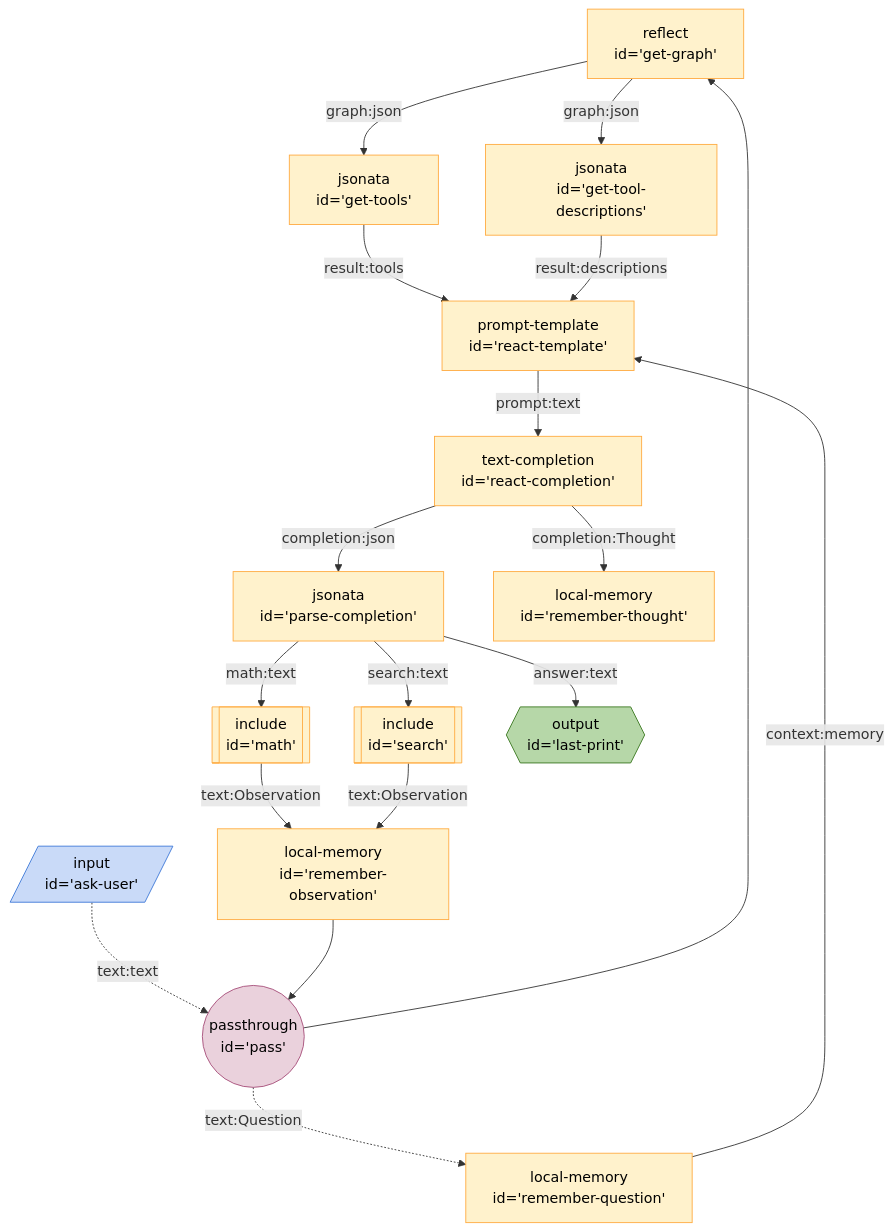
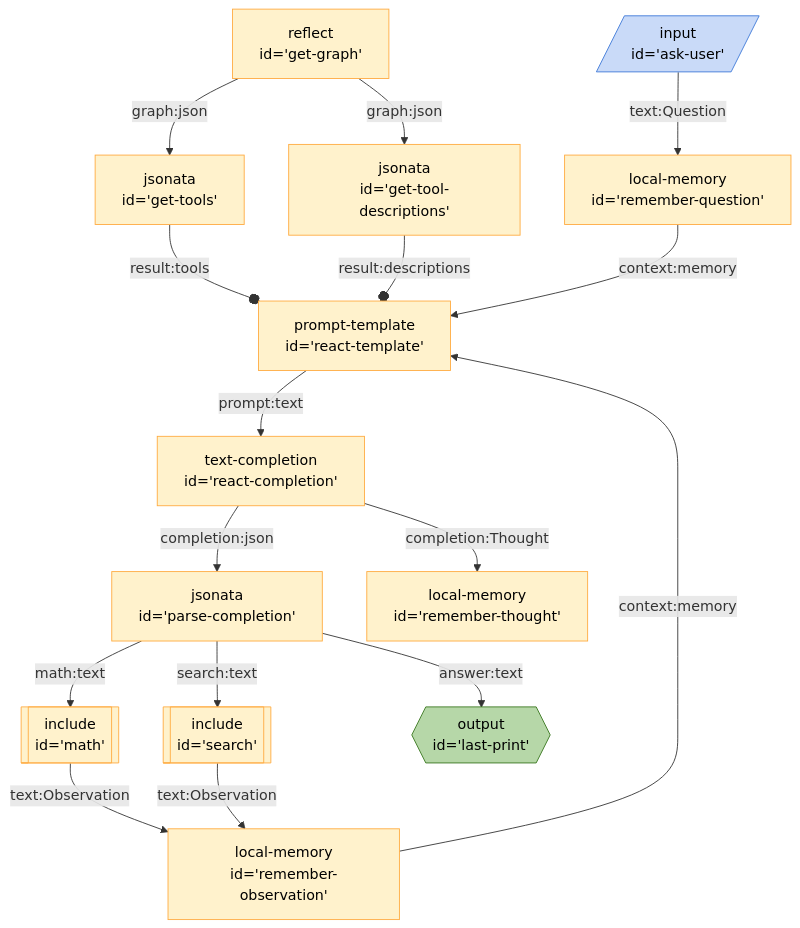
Before and after one commit to breadboard-ai/breadboard: the diagram in seeds/graph-playground/docs/graphs/react-with-jsonata.md, drawn with Mermaid. The commit also changed 1 other file, not shown here.

Commit message:
[graphs] Update `react-with-jsonata` to latest and greatest.

````diff
--- a/seeds/graph-playground/docs/graphs/react-with-jsonata.md
+++ b/seeds/graph-playground/docs/graphs/react-with-jsonata.md
@@ -4,61 +4,55 @@
 ```mermaid
 %%{init: 'themeVariables': { 'fontFamily': 'Fira Code, monospace' }}}%%
 graph TD;
 getgraph["reflect
 id='get-graph'"] -- graph:json --> gettools["jsonata
 id='get-tools'"]
 getgraph["reflect
 id='get-graph'"] -- graph:json --> gettooldescriptions["jsonata
 id='get-tool-descriptions'"]
 gettools["jsonata
-id='get-tools'"] -- result:tools --> reacttemplate["prompt-template
+id='get-tools'"] -- result:tools --o reacttemplate["prompt-template
 id='react-template'"]
 gettooldescriptions["jsonata
-id='get-tool-descriptions'"] -- result:descriptions --> reacttemplate["prompt-template
+id='get-tool-descriptions'"] -- result:descriptions --o reacttemplate["prompt-template
 id='react-template'"]
 askuser[/"input
-id='ask-user'"/]:::input -. text:text .-> pass(("passthrough
-id='pass'")):::passthrough
-pass(("passthrough
-id='pass'")):::passthrough -. text:Question .-> rememberquestion["local-memory
+id='ask-user'"/]:::input -- text:Question --> rememberquestion["local-memory
 id='remember-question'"]
 rememberquestion["local-memory
 id='remember-question'"] -- context:memory --> reacttemplate["prompt-template
 id='react-template'"]
-pass(("passthrough
-id='pass'")):::passthrough --> getgraph["reflect
-id='get-graph'"]
 reacttemplate["prompt-template
 id='react-template'"] -- prompt:text --> reactcompletion["text-completion
 id='react-completion'"]
 reactcompletion["text-completion
 id='react-completion'"] -- completion:json --> parsecompletion["jsonata
 id='parse-completion'"]
 reactcompletion["text-completion
 id='react-completion'"] -- completion:Thought --> rememberthought["local-memory
 id='remember-thought'"]
 parsecompletion["jsonata
 id='parse-completion'"] -- search:text --> search[["include
 id='search'"]]:::include
 parsecompletion["jsonata
 id='parse-completion'"] -- math:text --> math[["include
 id='math'"]]:::include
 math[["include
 id='math'"]]:::include -- text:Observation --> rememberobservation["local-memory
 id='remember-observation'"]
 search[["include
 id='search'"]]:::include -- text:Observation --> rememberobservation["local-memory
 id='remember-observation'"]
 rememberobservation["local-memory
-id='remember-observation'"] --> pass(("passthrough
-id='pass'")):::passthrough
+id='remember-observation'"] -- context:memory --> reacttemplate["prompt-template
+id='react-template'"]
 parsecompletion["jsonata
 id='parse-completion'"] -- answer:text --> lastprint{{"output
 id='last-print'"}}:::output
 classDef default stroke:#ffab40,fill:#fff2ccff,color:#000
 classDef input stroke:#3c78d8,fill:#c9daf8ff,color:#000
 classDef output stroke:#38761d,fill:#b6d7a8ff,color:#000
 classDef passthrough stroke:#a64d79,fill:#ead1dcff,color:#000
 classDef slot stroke:#a64d79,fill:#ead1dcff,color:#000
 classDef slotted stroke:#a64d79
 ```
````
